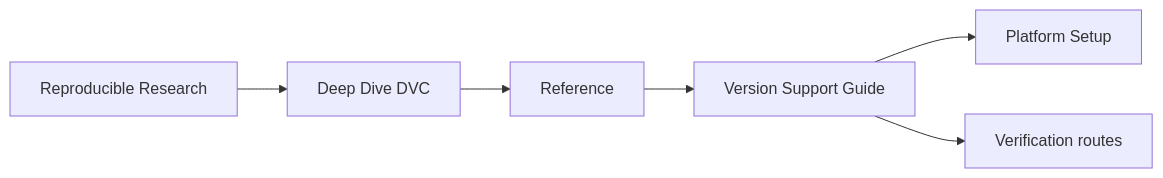
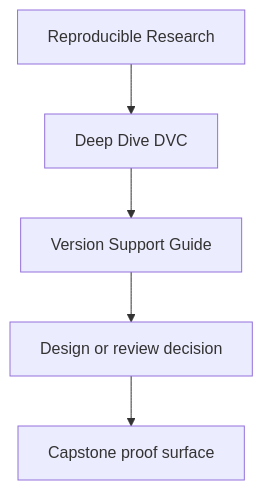
The first of 2 diagrams in programs/reproducible-research/deep-dive-dvc/course-book/reference/version-support-guide.md (bijux/bijux-masterclass), drawn with Mermaid before and after one commit. The commit also changed other lines of this file and 31 other files, not shown here.

Commit message:
docs(deep-dive-dvc): sharpen guide and reference diagrams

````diff
--- a/programs/reproducible-research/deep-dive-dvc/course-book/reference/version-support-guide.md
+++ b/programs/reproducible-research/deep-dive-dvc/course-book/reference/version-support-guide.md
@@ -8,13 +8,7 @@
 ```mermaid
-graph LR
-  family["Reproducible Research"]
-  program["Deep Dive DVC"]
-  section["Reference"]
-  page["Version Support Guide"]
-  setup["Platform Setup"]
-  verify["Verification routes"]
-
-  family --> program --> section --> page
-  page --> setup
-  page --> verify
+flowchart TD
+  family["Reproducible Research"] --> program["Deep Dive DVC"]
+  program --> reference["Version Support Guide"]
+  reference --> review["Design or review decision"]
+  review --> capstone["Capstone proof surface"]
 ```
````
